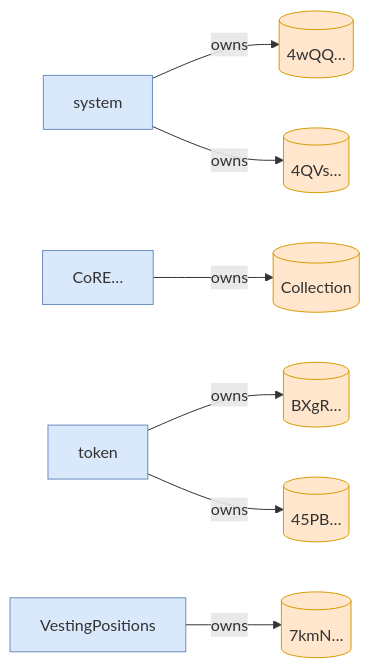
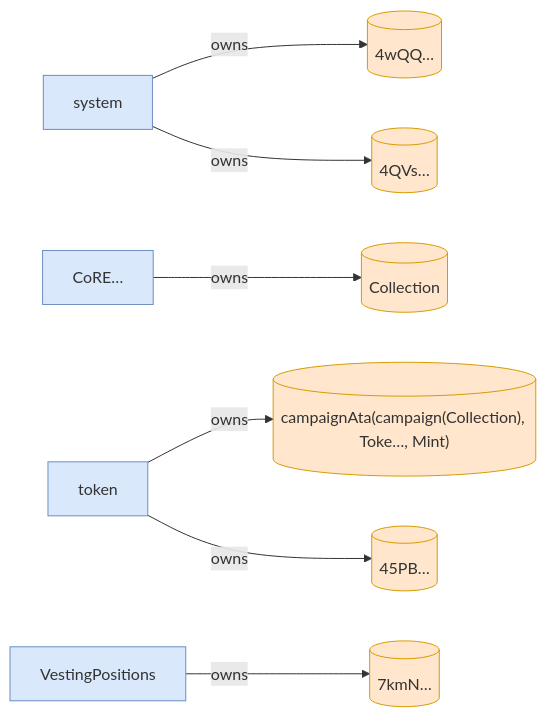
Before and after one commit to cds-turbin3/vesting-position: the sixth of 6 diagrams in babelfish-tests/test-report/scenario_10_claim_before_start_fails.md, drawn with Mermaid. The commit also changed other lines of this file and 51 other files, not shown here.

````diff
--- a/babelfish-tests/test-report/scenario_10_claim_before_start_fails.md
+++ b/babelfish-tests/test-report/scenario_10_claim_before_start_fails.md
@@ -281,22 +243,22 @@
 ```mermaid
 flowchart LR
     system["system"]:::program
     4wQQ[("4wQQ…")]:::state
     CoRE["CoRE…"]:::program
     Collection[("Collection")]:::state
     token["token"]:::program
-    BXgR[("BXgR…")]:::state
+    campaignAtacampaignCollectionTokeMint[("campaignAta(campaign(Collection), Toke…, Mint)")]:::state
     45PB[("45PB…")]:::state
     4QVs[("4QVs…")]:::state
     VestingPositions["VestingPositions"]:::program
     7kmN[("7kmN…")]:::state
     system -->|owns| 4wQQ
     CoRE -->|owns| Collection
-    token -->|owns| BXgR
+    token -->|owns| campaignAtacampaignCollectionTokeMint
     token -->|owns| 45PB
     system -->|owns| 4QVs
     VestingPositions -->|owns| 7kmN
     classDef program fill:#dae8fc,stroke:#6c8ebf;
     classDef signer fill:#d5e8d4,stroke:#82b366;
     classDef state fill:#ffe6cc,stroke:#d79b00;
 ```
````
